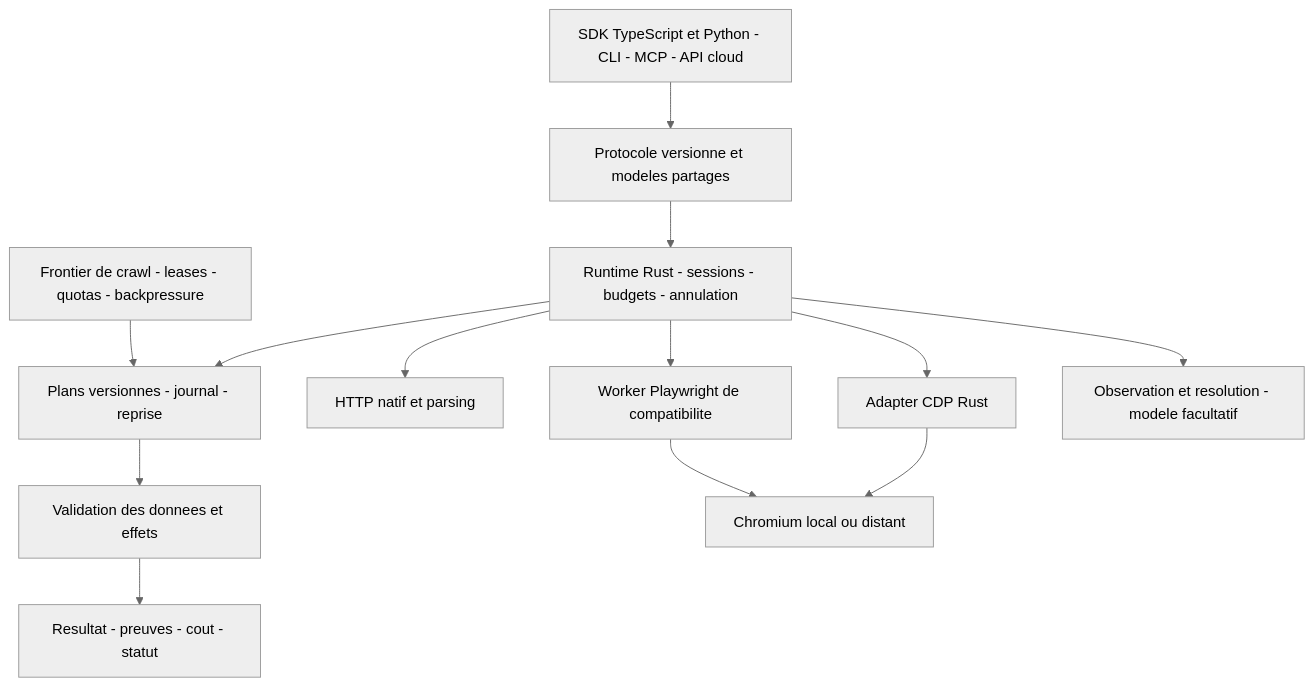
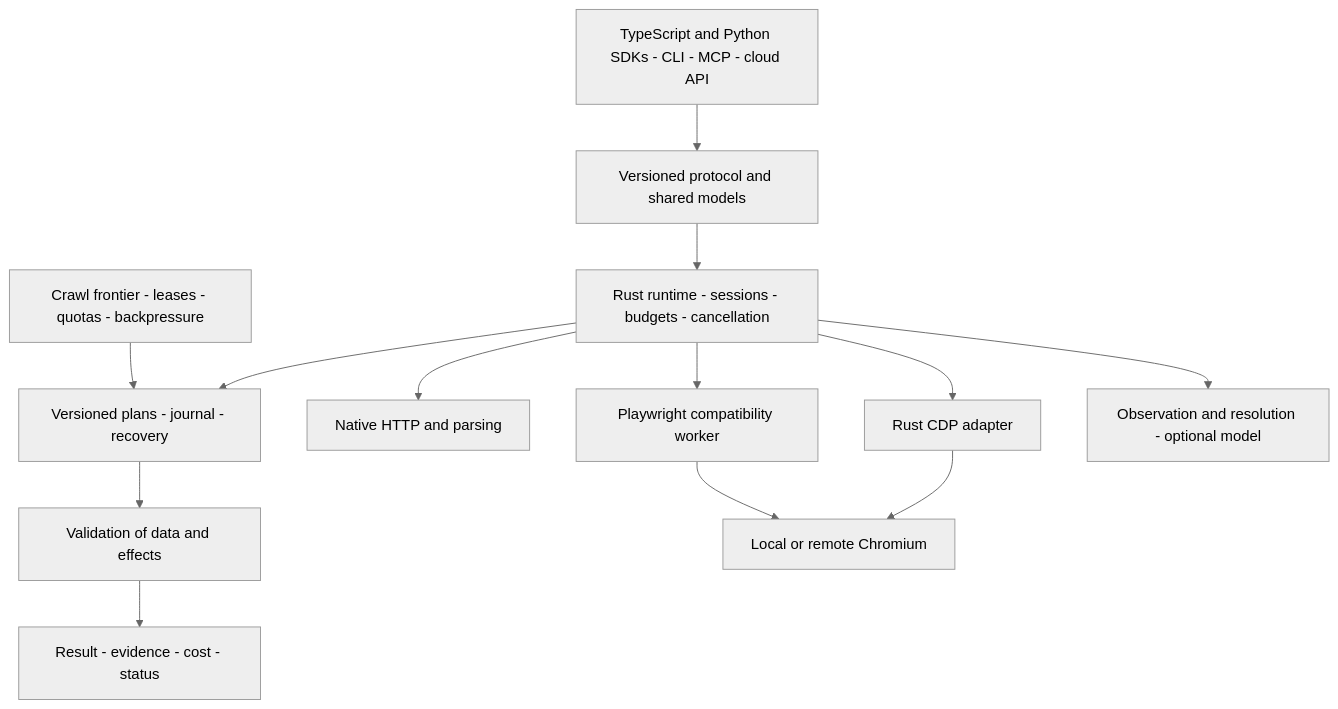
The diagram in rnd/adr/0001-runtime-language.md (goodfetch/goodfetch), drawn with Mermaid (neutral theme) before and after one commit. The commit also changed other lines of this file and 136 other files, not shown here.

````diff
--- a/rnd/adr/0001-runtime-language.md
+++ b/rnd/adr/0001-runtime-language.md
@@ -38,15 +38,15 @@
 ```mermaid
 flowchart TD
-    CLIENTS[SDK TypeScript et Python - CLI - MCP - API cloud] --> PROTOCOL[Protocole versionne et modeles partages]
-    PROTOCOL --> CORE[Runtime Rust - sessions - budgets - annulation]
-    CORE --> PLANS[Plans versionnes - journal - reprise]
-    CORE --> HTTP[HTTP natif et parsing]
-    CORE --> CDP[Adapter CDP Rust]
-    CORE --> PW[Worker Playwright de compatibilite]
-    CORE --> RESOLVE[Observation et resolution - modele facultatif]
-    PLANS --> VERIFY[Validation des donnees et effets]
-    CDP --> BROWSER[Chromium local ou distant]
+    CLIENTS[TypeScript and Python SDKs - CLI - MCP - cloud API] --> PROTOCOL[Versioned protocol and shared models]
+    PROTOCOL --> CORE[Rust runtime - sessions - budgets - cancellation]
+    CORE --> PLANS[Versioned plans - journal - recovery]
+    CORE --> HTTP[Native HTTP and parsing]
+    CORE --> CDP[Rust CDP adapter]
+    CORE --> PW[Playwright compatibility worker]
+    CORE --> RESOLVE[Observation and resolution - optional model]
+    PLANS --> VERIFY[Validation of data and effects]
+    CDP --> BROWSER[Local or remote Chromium]
     PW --> BROWSER
-    CRAWL[Frontier de crawl - leases - quotas - backpressure] --> PLANS
-    VERIFY --> RESULT[Resultat - preuves - cout - statut]
+    CRAWL[Crawl frontier - leases - quotas - backpressure] --> PLANS
+    VERIFY --> RESULT[Result - evidence - cost - status]
 ```
````
